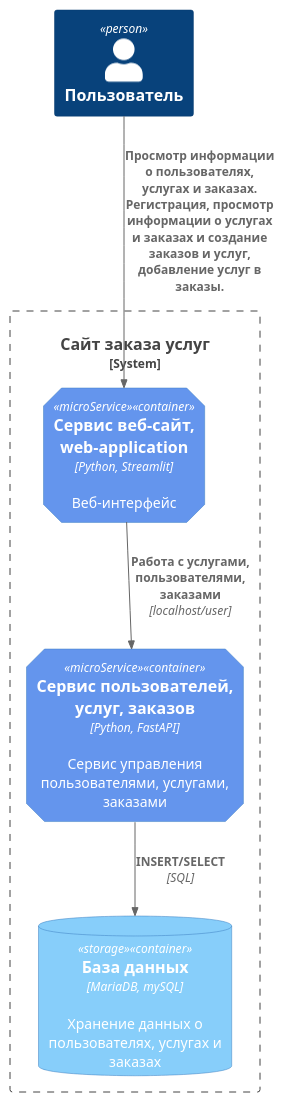
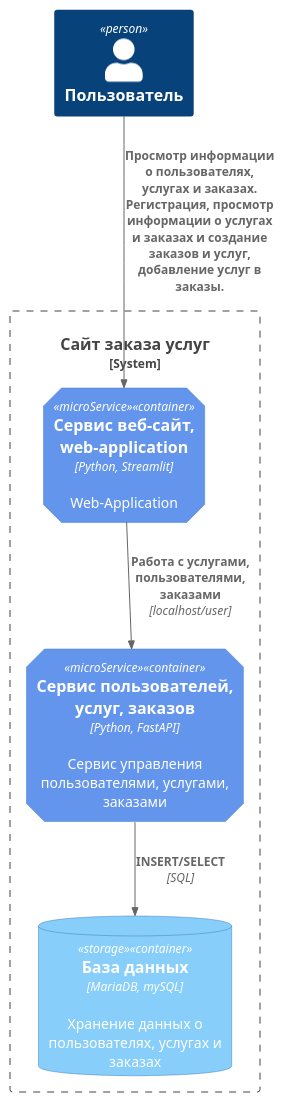
One commit to KoryakovDmitry/hl_mai_lab_01_python changed the diagram in umls/companent_diagram.iuml. Above: the diagram before and after it, drawn with PlantUML.

Commit message:
upd companent_diagram.iuml

```diff
--- a/umls/companent_diagram.iuml
+++ b/umls/companent_diagram.iuml
@@ -1,21 +1,21 @@
 @startuml
 !include https://raw.githubusercontent.com/plantuml-stdlib/C4-PlantUML/master/C4_Container.puml
 
 AddElementTag("microService", $shape=EightSidedShape(), $bgColor="CornflowerBlue", $fontColor="white", $legendText="microservice")
 AddElementTag("storage", $shape=RoundedBoxShape(), $bgColor="lightSkyBlue", $fontColor="white")
 
 Person(user, "Пользователь")
 
 System_Boundary(service_order_site, "Сайт заказа услуг") {
-   Container(web_site, "Сервис веб-сайт, web-application", "Python, Streamlit", "Веб-интерфейс", $tags = "microService")
+   Container(web_site, "Сервис веб-сайт, web-application", "Python, Streamlit", "Web-Application", $tags = "microService")
    Container(user_service_order_service, "Сервис пользователей, услуг, заказов", "Python, FastAPI", "Сервис управления пользователями, услугами, заказами", $tags = "microService")
    ContainerDb(db, "База данных", "MariaDB, mySQL", "Хранение данных о пользователях, услугах и заказах", $tags = "storage")
 
 }
 
 Rel(user, web_site, "Просмотр информации о пользователях, услугах и заказах. Регистрация, просмотр информации о услугах и заказах и создание заказов и услуг, добавление услуг в заказы.")
 
 Rel(web_site, user_service_order_service, "Работа с услугами, пользователями, заказами", "localhost/user")
 Rel(user_service_order_service, db, "INSERT/SELECT", "SQL")
 
 @enduml
```
